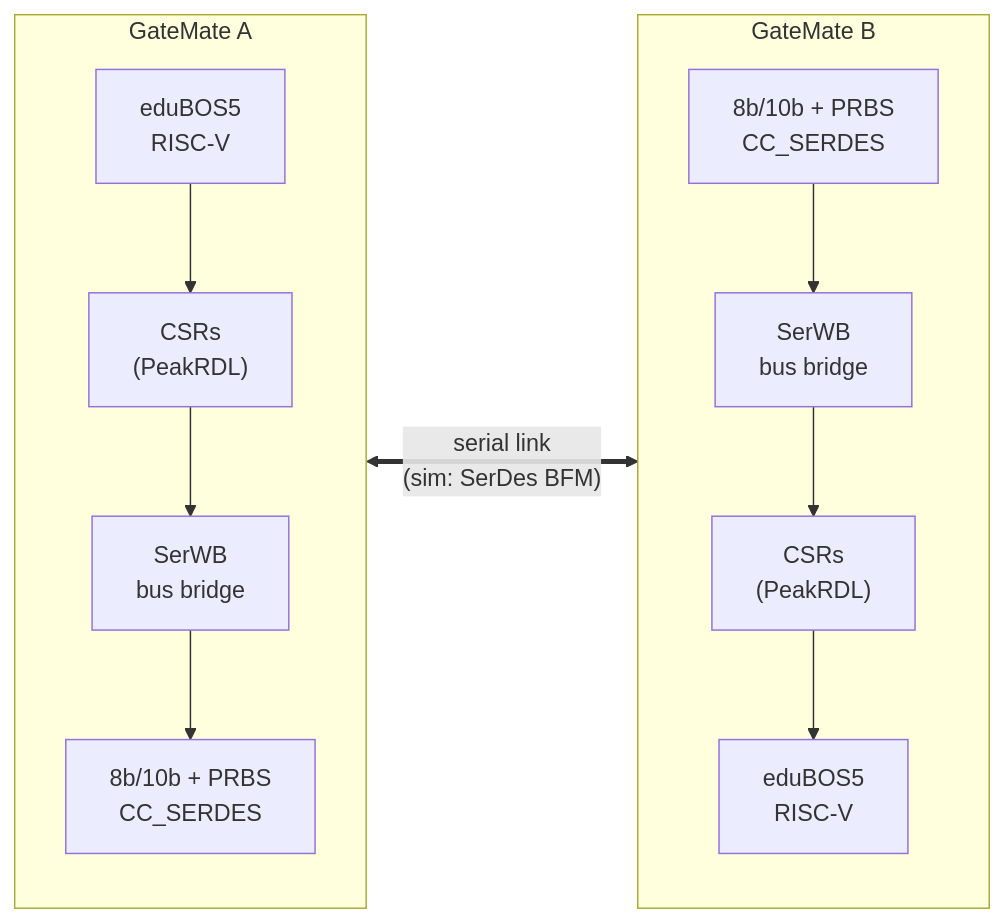
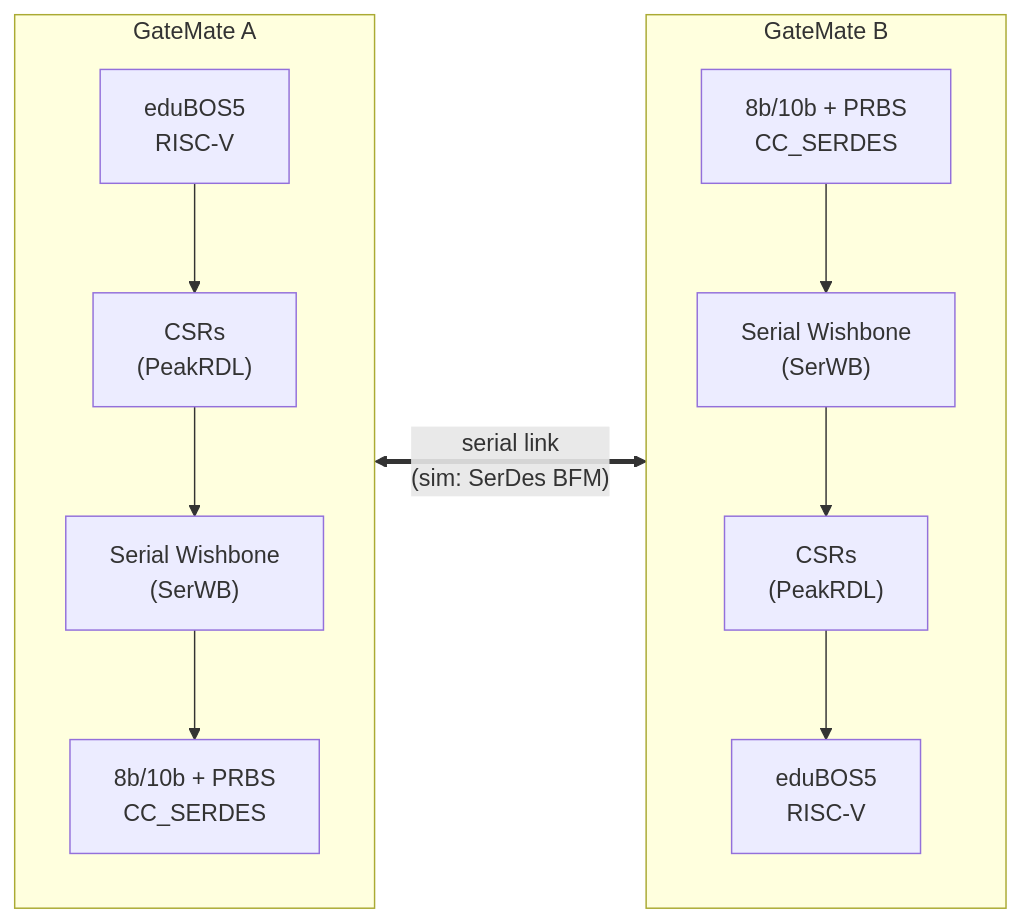
One commit to chili-chips-ba/openCologne changed the first of 2 diagrams in README.md. Above: the diagram before and after it, drawn with Mermaid. The commit also changed other lines of this file and 1 other file, not shown here.

First line of the commit message:
README, 7.SerDes: test-jig and design-internals diagrams

````diff
--- a/README.md
+++ b/README.md
@@ -173,12 +173,12 @@
 ```mermaid
 flowchart LR
   subgraph A["GateMate A"]
     direction TB
-    CPUA["eduBOS5<br/>RISC-V"] --> CSRA["CSRs<br/>(PeakRDL)"] --> SWA["SerWB<br/>bus bridge"] --> PHYA["8b/10b + PRBS<br/>CC_SERDES"]
+    CPUA["eduBOS5<br/>RISC-V"] --> CSRA["CSRs<br/>(PeakRDL)"] --> SWA["Serial Wishbone<br/>(SerWB)"] --> PHYA["8b/10b + PRBS<br/>CC_SERDES"]
   end
   subgraph B["GateMate B"]
     direction TB
-    PHYB["8b/10b + PRBS<br/>CC_SERDES"] --> SWB["SerWB<br/>bus bridge"] --> CSRB["CSRs<br/>(PeakRDL)"] --> CPUB["eduBOS5<br/>RISC-V"]
+    PHYB["8b/10b + PRBS<br/>CC_SERDES"] --> SWB["Serial Wishbone<br/>(SerWB)"] --> CSRB["CSRs<br/>(PeakRDL)"] --> CPUB["eduBOS5<br/>RISC-V"]
   end
   PHYA <== "serial link<br/>(sim: SerDes BFM)" ==> PHYB
 ```
````
